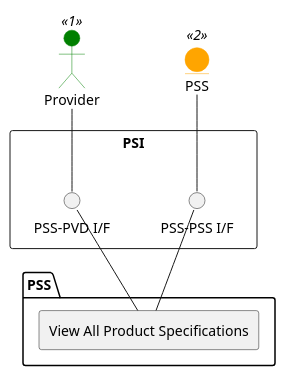
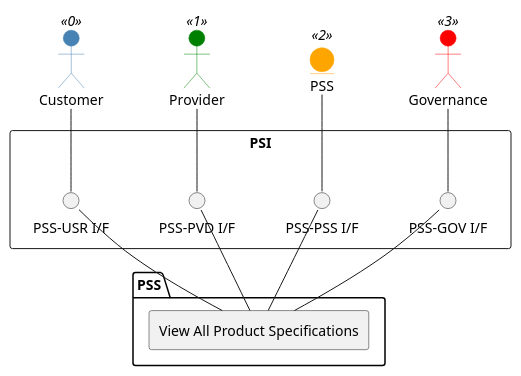
The diagram in doc/PSI/PSI-TOD/operations/TOD-02-03-05-View_All_Product_Specifications.md (psi-consortium/psi), drawn with PlantUML before and after one commit. The commit also changed other lines of this file and 926 other files, not shown here.

````diff
--- a/doc/PSI/PSI-TOD/operations/TOD-02-03-05-View_All_Product_Specifications.md
+++ b/doc/PSI/PSI-TOD/operations/TOD-02-03-05-View_All_Product_Specifications.md
@@ -9,36 +9,44 @@
 ```plantuml
 @startuml
 skinparam actor {
   BackgroundColor<< 0 >> 	SteelBlue
   BorderColor<< 0 >> 		SteelBlue
   BackgroundColor<< 1 >> 	Green
   BorderColor<< 1 >> 		Green
   BackgroundColor<< 3 >> 	Red
   BorderColor<< 3 >> 		Red
 }
 
 skinparam entity{
   BackgroundColor<< 2 >> 	Orange
   BorderColor<< 2 >> 		Orange
 }
 
+Customer << 0 >>
 Provider << 1 >>
 entity PSS << 2 >> as PSS1
+Governance << 3 >>
 
 rectangle "PSI" {
+  interface "PSS-USR I/F" as I0
   interface "PSS-PVD I/F" as I1
   interface "PSS-PSS I/F" as I2
+  interface "PSS-GOV I/F" as I4
 }
 
 package "PSS" {
   rectangle "View All Product Specifications" as Operation
 }
 
+Customer --	    I0
+I0 --           Operation
 Provider --	    I1
 I1 --           Operation
 PSS1 --         I2
 I2 --           Operation
+Governance --   I4
+I4 --           Operation
 
 @enduml
 
 ```
````
